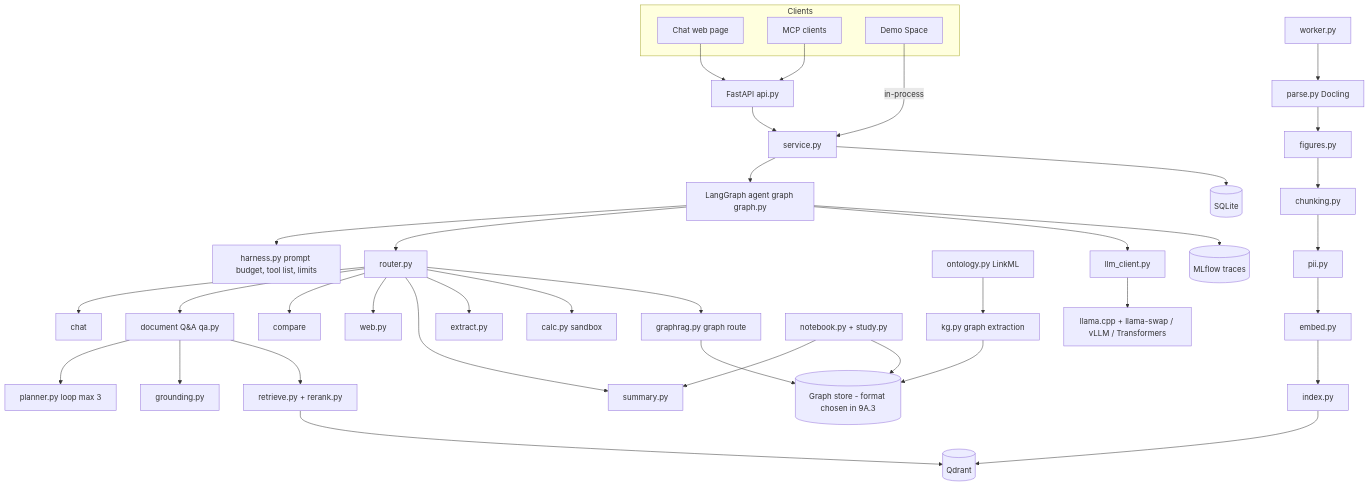
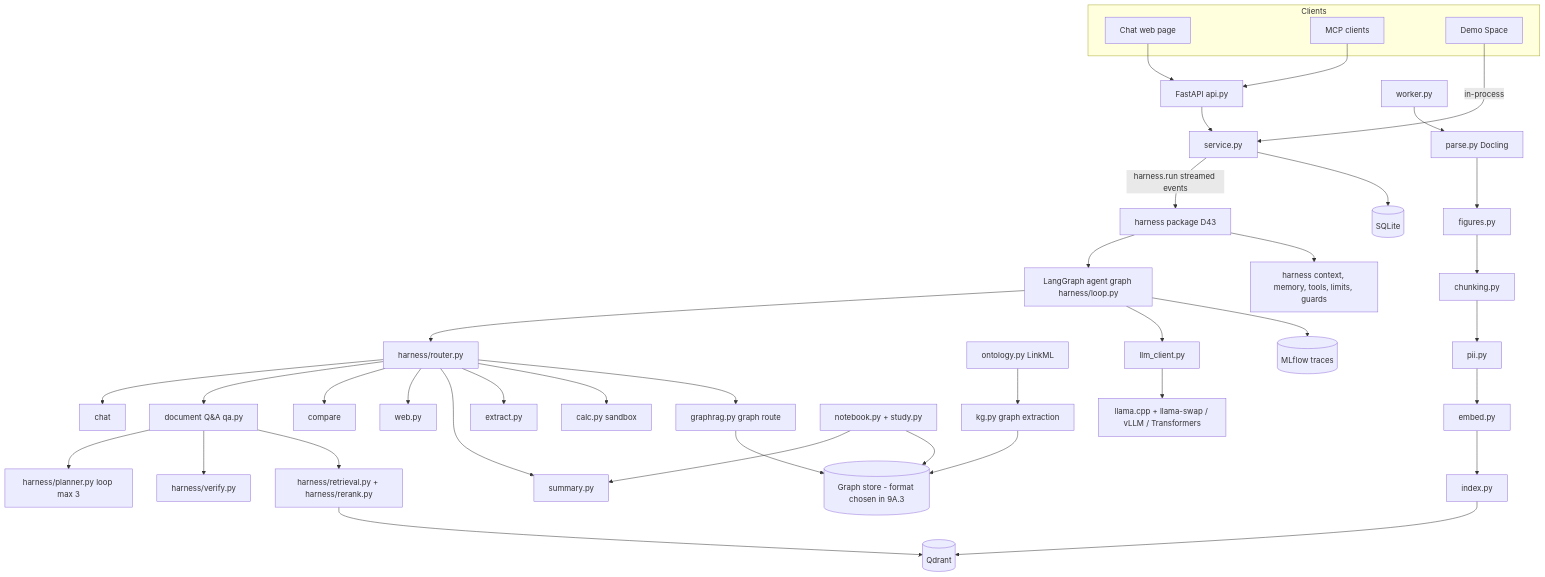
Before and after one commit to mdu-ai-lab/multiagent-ai-lab: the first of 3 diagrams in docs/04-architecture/system-architecture.md, drawn with Mermaid. The commit also changed other lines of this file and 23 other files, not shown here.

Commit message:
Plan the agent harness as one package with one streaming entry point for context, retrieval, memory, tools, the agent loop, limits, guards and answer checks

````diff
--- a/docs/04-architecture/system-architecture.md
+++ b/docs/04-architecture/system-architecture.md
@@ -17,36 +17,37 @@
 ```mermaid
 flowchart TB
   subgraph Clients
     UI[Chat web page]
     MCP[MCP clients]
     DEMO[Demo Space]
   end
   API[FastAPI api.py] --> SVC[service.py]
   UI --> API
   MCP --> API
   DEMO -->|in-process| SVC
-  SVC --> G[LangGraph agent graph graph.py]
-  G --> H[harness.py prompt budget, tool list, limits]
-  G --> R[router.py]
+  SVC -->|harness.run streamed events| HP[harness package D43]
+  HP --> G[LangGraph agent graph harness/loop.py]
+  HP --> HX[harness context, memory, tools, limits, guards]
+  G --> R[harness/router.py]
   R --> CHAT[chat]
   R --> QA[document Q&A qa.py]
   R --> CMP[compare]
   R --> WEB[web.py]
   R --> SUM[summary.py]
   R --> EXT[extract.py]
   R --> CALC[calc.py sandbox]
   R --> GR2[graphrag.py graph route]
   GR2 --> KGS[(Graph store - format chosen in 9A.3)]
   ONT[ontology.py LinkML] --> KG[kg.py graph extraction] --> KGS
   NB[notebook.py + study.py] --> SUM
   NB --> KGS
-  QA --> PL[planner.py loop max 3]
-  QA --> GR[grounding.py]
-  QA --> RET[retrieve.py + rerank.py]
+  QA --> PL[harness/planner.py loop max 3]
+  QA --> GR[harness/verify.py]
+  QA --> RET[harness/retrieval.py + harness/rerank.py]
   RET --> QD[(Qdrant)]
   G --> LLM[llm_client.py]
   LLM --> MS[llama.cpp + llama-swap / vLLM / Transformers]
   WK[worker.py] --> PARSE[parse.py Docling] --> FIG[figures.py] --> CH[chunking.py] --> PII[pii.py] --> EMB[embed.py] --> IDX[index.py] --> QD
   SVC --> DB[(SQLite)]
   G --> ML[(MLflow traces)]
 ```
````
